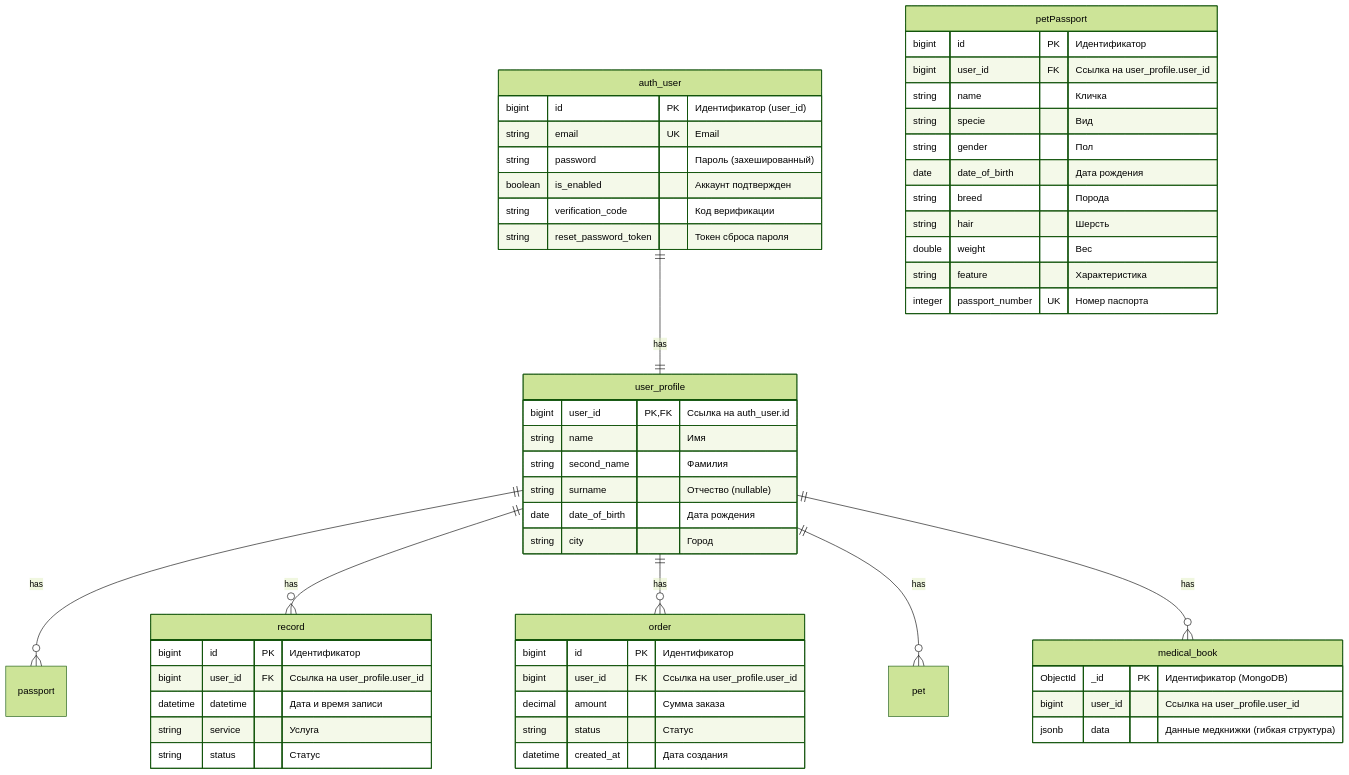
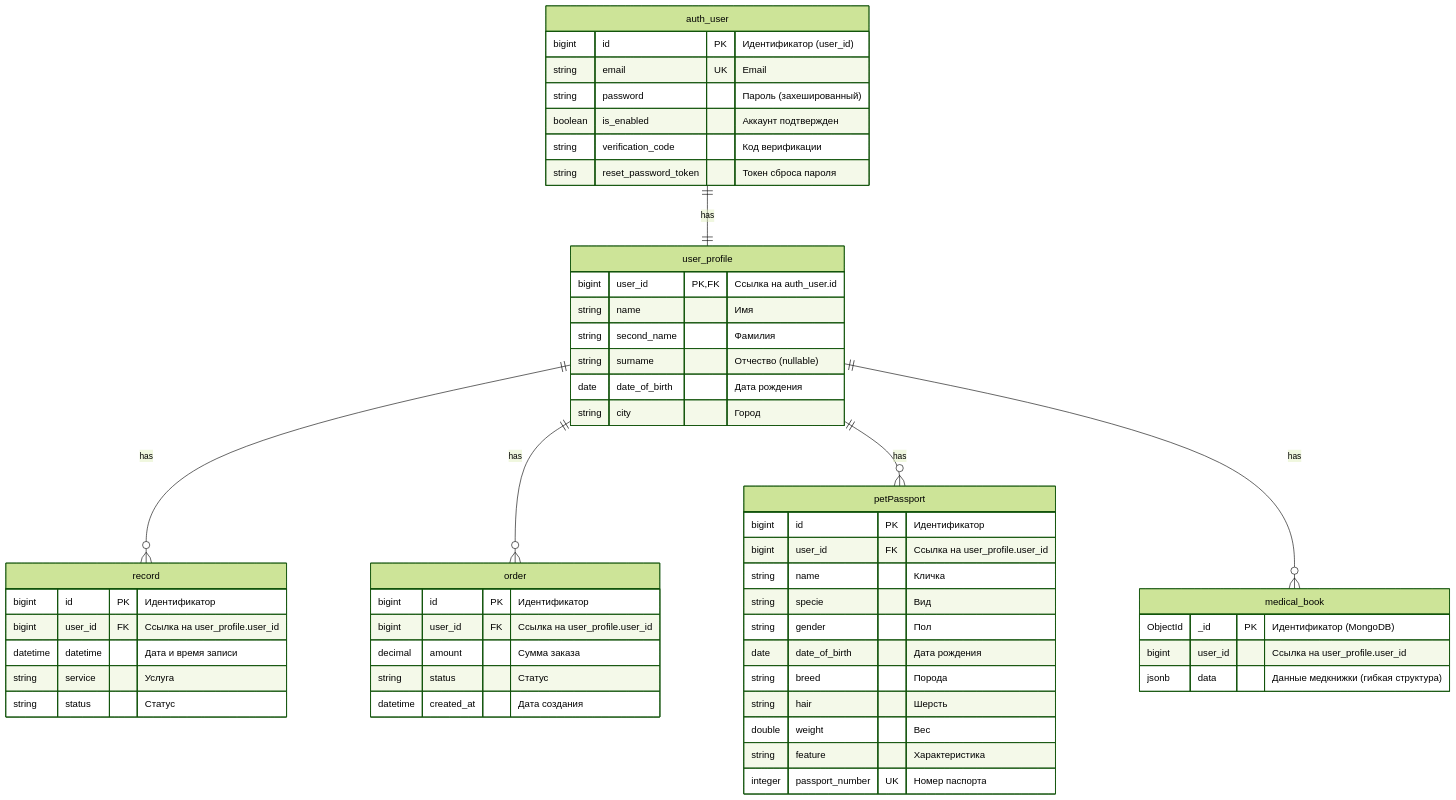
The diagram in README.md (rootmarkexe/diagramms), drawn with Mermaid (forest theme) before and after one commit.

````diff
--- a/README.md
+++ b/README.md
@@ -1,63 +1,62 @@
 ```mermaid
 erDiagram
   auth_user ||--|| user_profile : has
-    user_profile ||--o{ passport : has
     user_profile ||--o{ record : has
     user_profile ||--o{ order : has
-    user_profile ||--o{ pet : has
+    user_profile ||--o{ petPassport : has
     user_profile ||--o{ medical_book : has
 
     auth_user {
         bigint id PK "Идентификатор (user_id)"
         string email UK "Email"
         string password "Пароль (захешированный)"
         boolean is_enabled "Аккаунт подтвержден"
         string verification_code "Код верификации"
         string reset_password_token "Токен сброса пароля"
     }
 
     user_profile {
         bigint user_id PK,FK "Ссылка на auth_user.id"
         string name "Имя"
         string second_name "Фамилия"
         string surname "Отчество (nullable)"
         date date_of_birth "Дата рождения"
         string city "Город"
     }
 
     record {
         bigint id PK "Идентификатор"
         bigint user_id FK "Ссылка на user_profile.user_id"
         datetime datetime "Дата и время записи"
         string service "Услуга"
         string status "Статус"
     }
 
     order {
         bigint id PK "Идентификатор"
         bigint user_id FK "Ссылка на user_profile.user_id"
         decimal amount "Сумма заказа"
         string status "Статус"
         datetime created_at "Дата создания"
     }
 
     petPassport {
         bigint id PK "Идентификатор"
         bigint user_id FK "Ссылка на user_profile.user_id"
         string name "Кличка"
         string specie "Вид"
         string gender "Пол"
         date date_of_birth "Дата рождения"
         string breed "Порода"
         string hair "Шерсть"
         double weight "Вес"
         string feature "Характеристика"
         integer passport_number UK "Номер паспорта"
     }
 
     medical_book {
         ObjectId _id PK "Идентификатор (MongoDB)"
         bigint user_id "Ссылка на user_profile.user_id"
         jsonb data "Данные медкнижки (гибкая структура)"
     }
 ```
````
